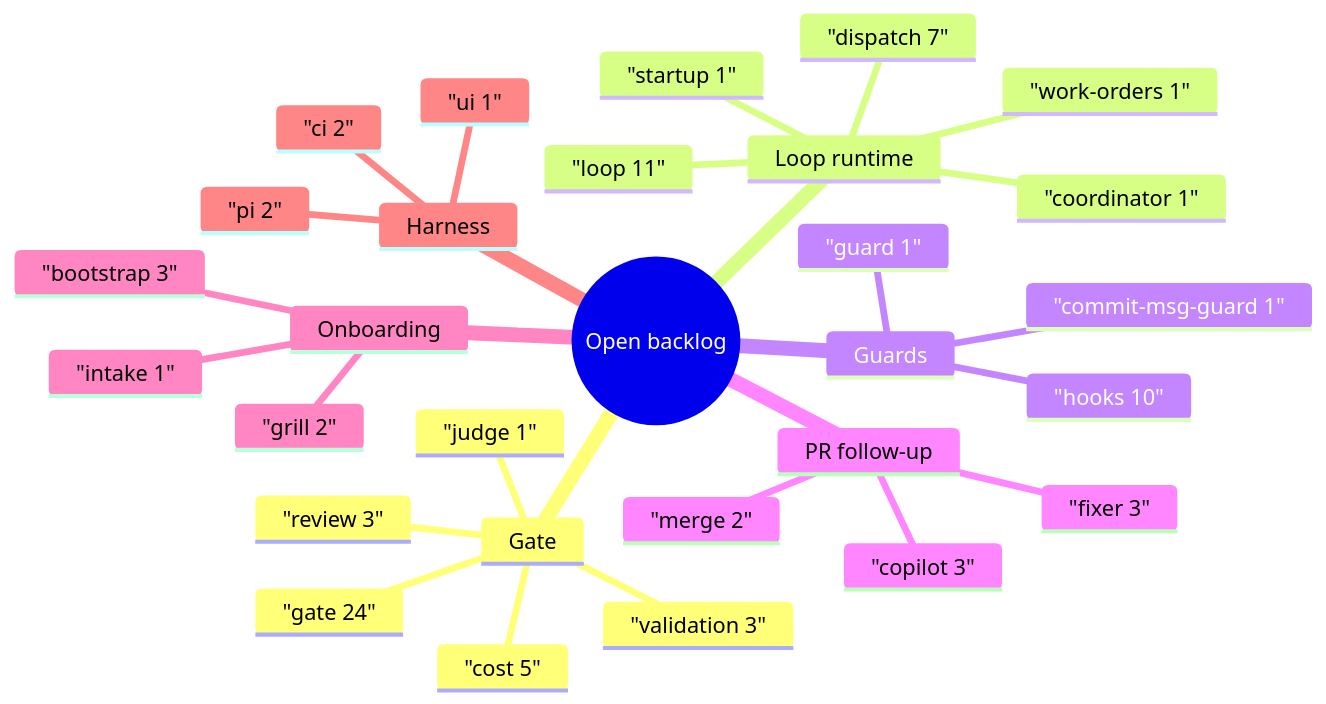
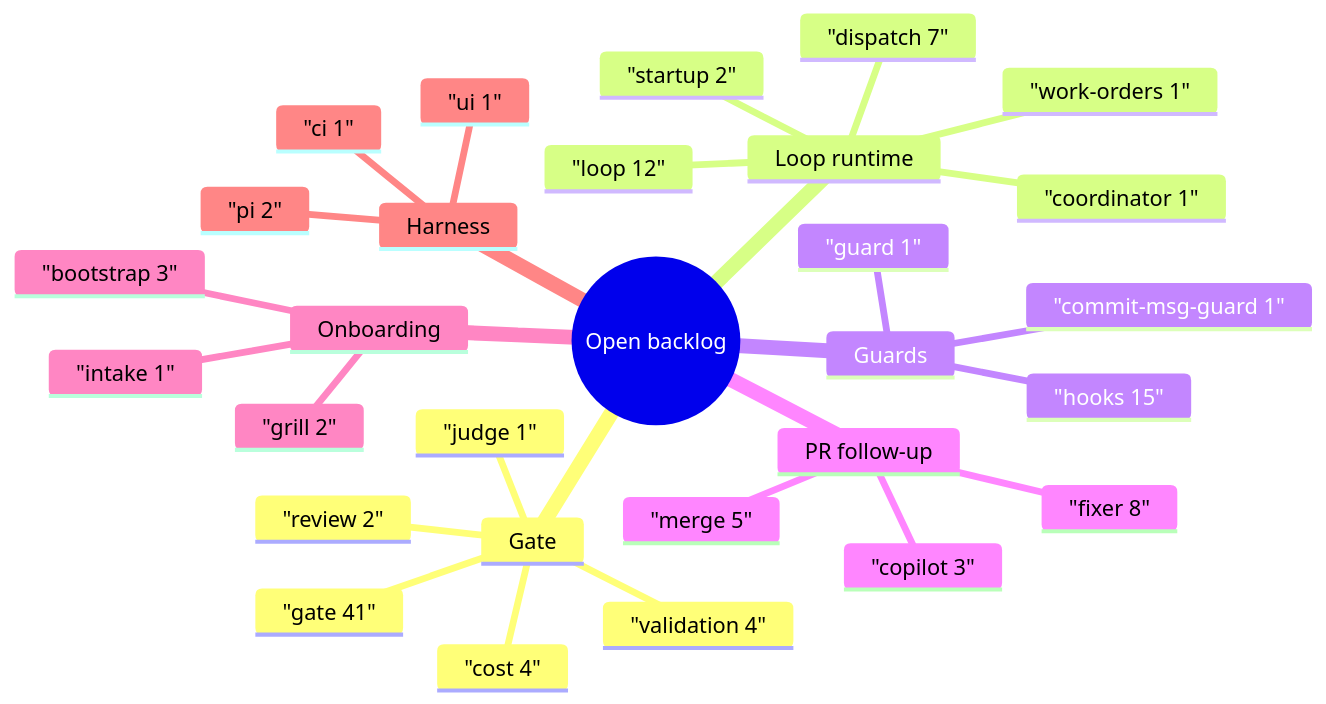
Before and after one commit to mfittko/dev-loops: the third of 11 diagrams in docs/atlas/14-roadmap.md, drawn with Mermaid. The commit also changed other lines of this file, not shown here.

First line of the commit message:
docs(atlas): refresh section 14-roadmap to f6619004d

````diff
--- a/docs/atlas/14-roadmap.md
+++ b/docs/atlas/14-roadmap.md
@@ -56,32 +56,32 @@
 ```mermaid
 mindmap
   root((Open backlog))
     Gate
-      "gate 24"
-      "cost 5"
+      "gate 41"
+      "cost 4"
       "judge 1"
-      "review 3"
-      "validation 3"
+      "review 2"
+      "validation 4"
     Loop runtime
-      "loop 11"
+      "loop 12"
       "dispatch 7"
       "coordinator 1"
-      "startup 1"
+      "startup 2"
       "work-orders 1"
     Guards
-      "hooks 10"
+      "hooks 15"
       "guard 1"
       "commit-msg-guard 1"
     PR follow-up
       "copilot 3"
-      "fixer 3"
-      "merge 2"
+      "fixer 8"
+      "merge 5"
     Onboarding
       "bootstrap 3"
       "grill 2"
       "intake 1"
     Harness
       "pi 2"
-      "ci 2"
+      "ci 1"
       "ui 1"
 ```
````
